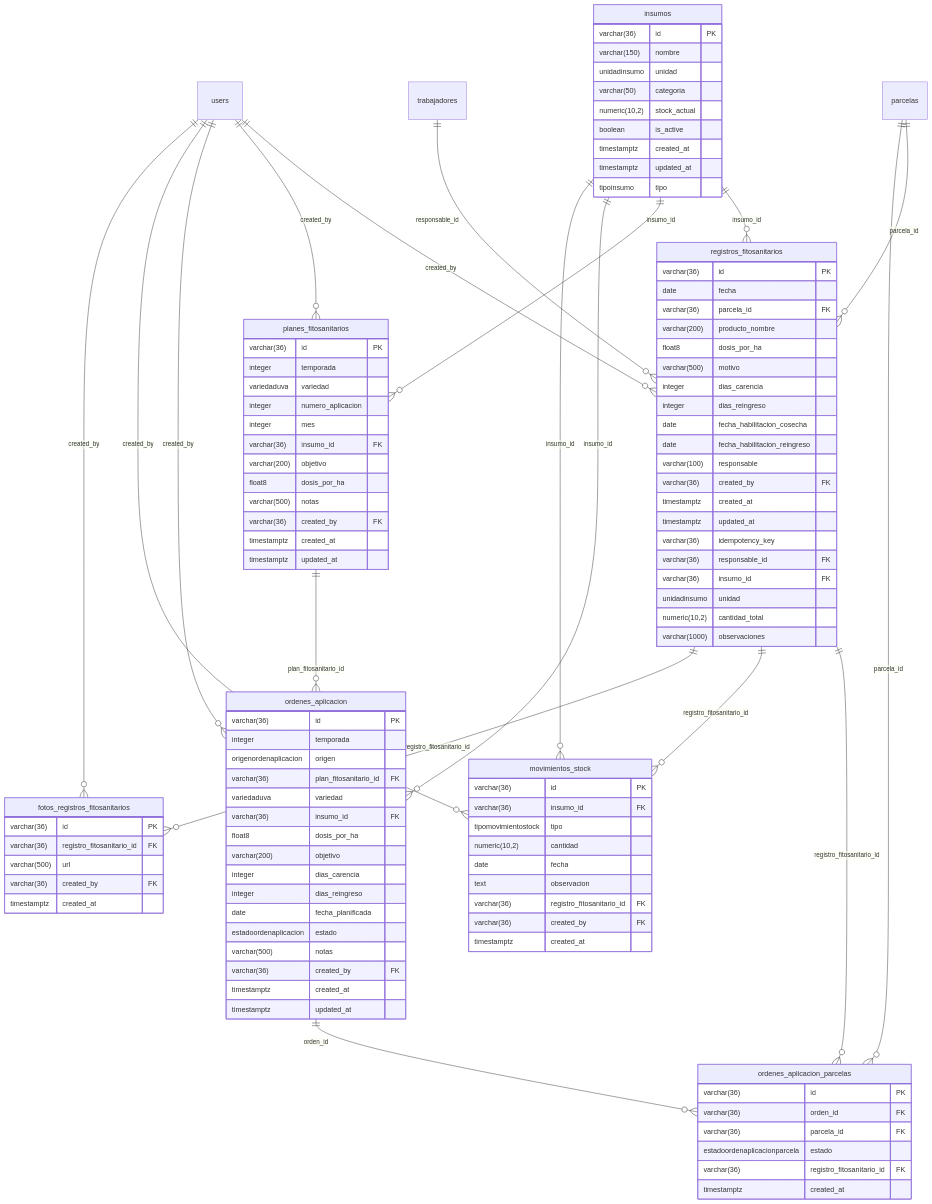
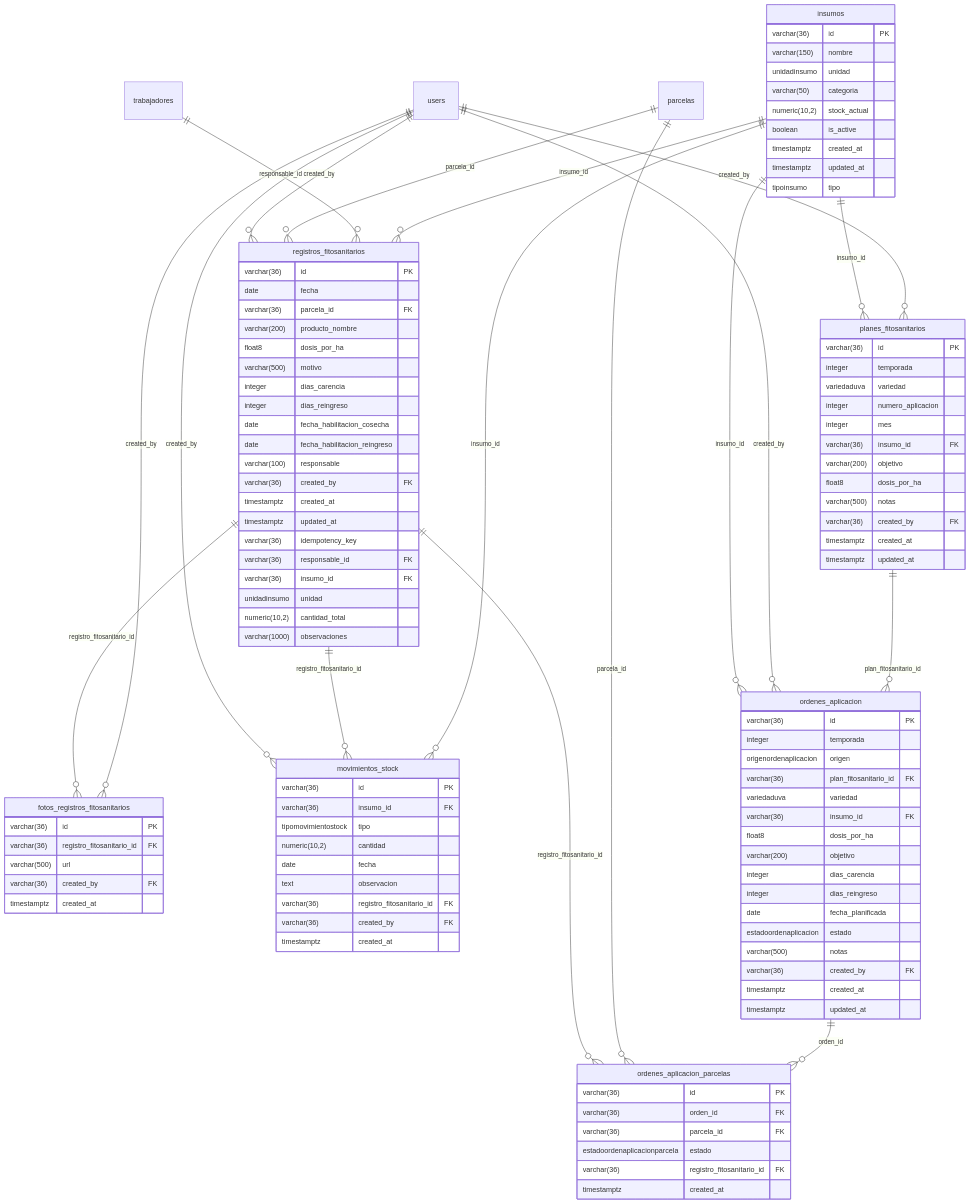
One commit to FaustoYanzon/Proyecto-Gestion-Los-Lirios- changed the fifth of 10 diagrams in docs/sistema/Modelo de Datos.md. Above: the diagram before and after it, drawn with Mermaid. The commit also changed other lines of this file and 18 other files, not shown here.

```diff
--- a/docs/sistema/Modelo de Datos.md
+++ b/docs/sistema/Modelo de Datos.md
@@ -511,21 +800,21 @@
 erDiagram
     users ||--o{ fotos_registros_fitosanitarios : "created_by"
     registros_fitosanitarios ||--o{ fotos_registros_fitosanitarios : "registro_fitosanitario_id"
+    insumos ||--o{ movimientos_stock : "insumo_id"
+    registros_fitosanitarios ||--o{ movimientos_stock : "registro_fitosanitario_id"
     users ||--o{ movimientos_stock : "created_by"
-    registros_fitosanitarios ||--o{ movimientos_stock : "registro_fitosanitario_id"
-    insumos ||--o{ movimientos_stock : "insumo_id"
     planes_fitosanitarios ||--o{ ordenes_aplicacion : "plan_fitosanitario_id"
+    users ||--o{ ordenes_aplicacion : "created_by"
     insumos ||--o{ ordenes_aplicacion : "insumo_id"
-    users ||--o{ ordenes_aplicacion : "created_by"
-    registros_fitosanitarios ||--o{ ordenes_aplicacion_parcelas : "registro_fitosanitario_id"
     ordenes_aplicacion ||--o{ ordenes_aplicacion_parcelas : "orden_id"
     parcelas ||--o{ ordenes_aplicacion_parcelas : "parcela_id"
+    registros_fitosanitarios ||--o{ ordenes_aplicacion_parcelas : "registro_fitosanitario_id"
+    users ||--o{ planes_fitosanitarios : "created_by"
     insumos ||--o{ planes_fitosanitarios : "insumo_id"
-    users ||--o{ planes_fitosanitarios : "created_by"
     insumos ||--o{ registros_fitosanitarios : "insumo_id"
+    trabajadores ||--o{ registros_fitosanitarios : "responsable_id"
     parcelas ||--o{ registros_fitosanitarios : "parcela_id"
     users ||--o{ registros_fitosanitarios : "created_by"
-    trabajadores ||--o{ registros_fitosanitarios : "responsable_id"
     insumos {
         varchar(36) id PK
         varchar(150) nombre
```
